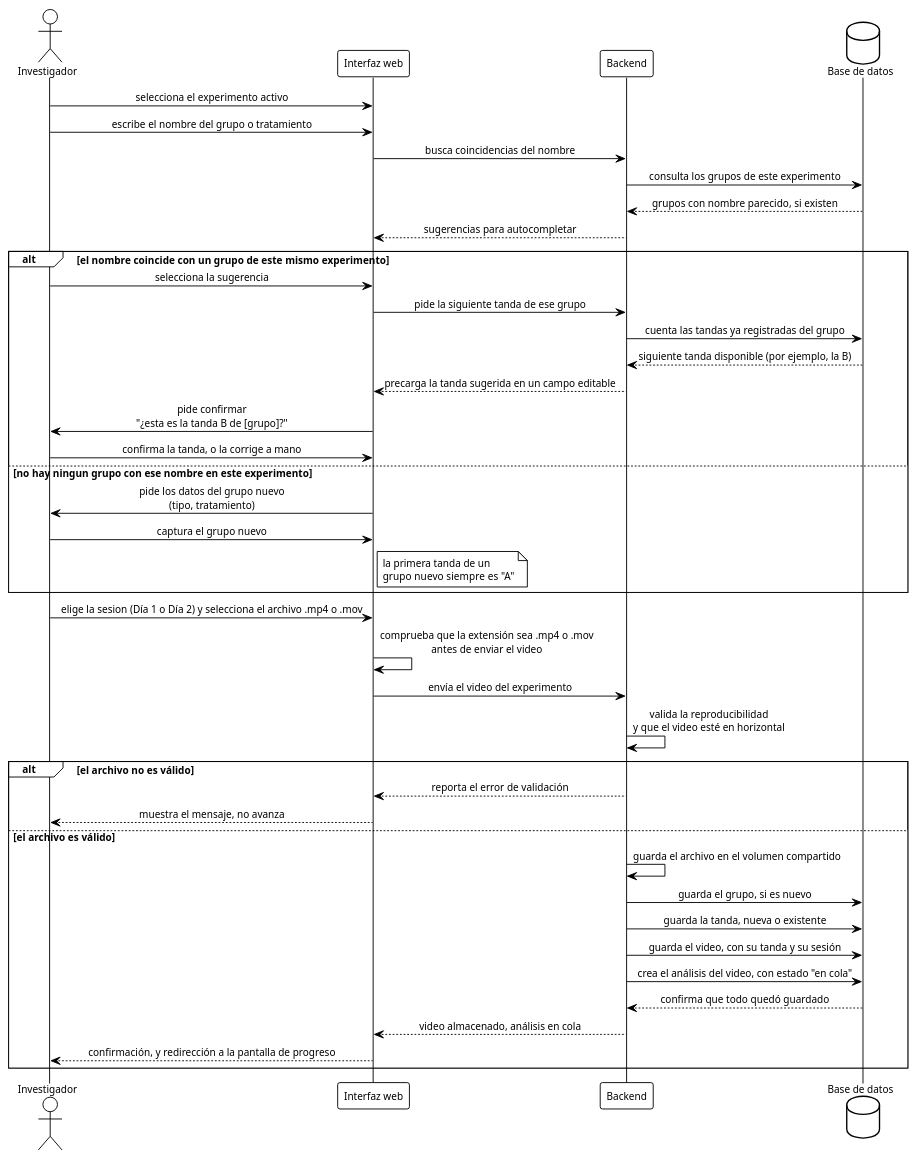
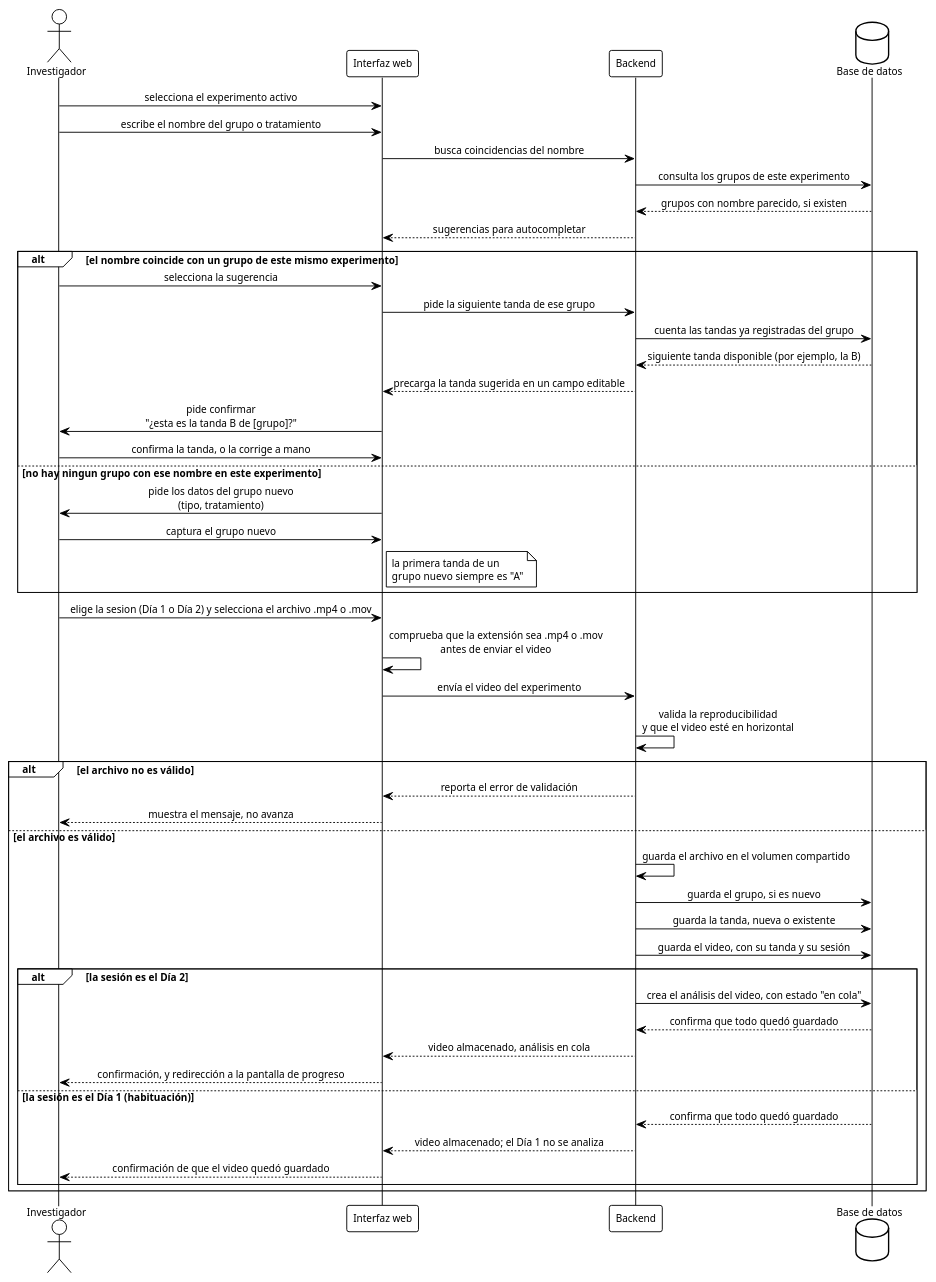
One commit to ErickJester/fst-ai-system-latex changed the diagram in diagramas/seq_carga_video.puml. Above: the diagram before and after it, drawn with PlantUML. The commit also changed 33 other files, not shown here.

```diff
--- a/diagramas/seq_carga_video.puml
+++ b/diagramas/seq_carga_video.puml
@@ -1,86 +1,92 @@
 @startuml seq_carga_video
 ' ================================================================
 '  Secuencia - Carga de video, con inferencia de tanda (D-19)
 '  Base de datos FST | TT 2026-B066 | ESCOM-IPN
 '  Frausto Robles Angel Ali . Rodriguez Verdin Sandoval Vanesa
 ' ----------------------------------------------------------------
 '  Reemplaza a figures/mermaid/seq_carga.png (modelo viejo: el video
 '  colgaba directo de Experimento, sin Grupo ni Tanda).
 '
 '  Cubre CU-04 "Subir video para analisis" (RF-08, RF-09, RF-12) mas
 '  la inferencia de tanda decidida en D-19: al escribir el nombre del
 '  grupo/tratamiento, si coincide con uno ya usado en el MISMO
 '  experimento, el sistema sugiere la siguiente tanda (letra A, B,
 '  C... en pantalla; en la base de datos sigue siendo TANDA.ordinal
 '  entero) en un campo editable, pero pide confirmacion explicita
 '  antes de guardar -- no basta con dejar el valor precargado sin
 '  que el investigador lo confirme.
 '
 '  El encolado del analisis es solo crear el registro con estado
 '  "en cola" (D-15); el Worker lo toma despues por polling a la
 '  tabla de analisis (cap. 5, CU-07) -- no hay cola aparte tipo
 '  Redis, esa pieza de docs/diagramas.pdf pag. 1 esta desactualizada
 '  (ver MIGRACION-DIAGRAMAS.md SS3.7).
 '
 '  Generar:
 '      java -jar plantuml.jar -tpng diagramas/seq_carga_video.puml
 ' ================================================================
 
 !theme plain
 skinparam defaultFontName Arial
 skinparam defaultFontSize 11
 skinparam shadowing false
 skinparam sequenceMessageAlign center
 skinparam BoxPadding 10
 
 actor Investigador as inv
 participant "Interfaz web" as ui
 participant Backend as api
 database "Base de datos" as db
 
 inv -> ui: selecciona el experimento activo
 inv -> ui: escribe el nombre del grupo o tratamiento
 
 ui -> api: busca coincidencias del nombre
 api -> db: consulta los grupos de este experimento
 db --> api: grupos con nombre parecido, si existen
 api --> ui: sugerencias para autocompletar
 
 alt el nombre coincide con un grupo de este mismo experimento
   inv -> ui: selecciona la sugerencia
   ui -> api: pide la siguiente tanda de ese grupo
   api -> db: cuenta las tandas ya registradas del grupo
   db --> api: siguiente tanda disponible (por ejemplo, la B)
   api --> ui: precarga la tanda sugerida en un campo editable
   ui -> inv: pide confirmar\n"¿esta es la tanda B de [grupo]?"
   inv -> ui: confirma la tanda, o la corrige a mano
 else no hay ningun grupo con ese nombre en este experimento
   ui -> inv: pide los datos del grupo nuevo\n(tipo, tratamiento)
   inv -> ui: captura el grupo nuevo
   note right of ui
     la primera tanda de un
     grupo nuevo siempre es "A"
   end note
 end
 
 inv -> ui: elige la sesion (Día 1 o Día 2) y selecciona el archivo .mp4 o .mov
 ui -> ui: comprueba que la extensión sea .mp4 o .mov\nantes de enviar el video
 ui -> api: envía el video del experimento
 
 api -> api: valida la reproducibilidad\ny que el video esté en horizontal
 
 alt el archivo no es válido
   api --> ui: reporta el error de validación
   ui --> inv: muestra el mensaje, no avanza
 else el archivo es válido
   api -> api: guarda el archivo en el volumen compartido
   api -> db: guarda el grupo, si es nuevo
   api -> db: guarda la tanda, nueva o existente
   api -> db: guarda el video, con su tanda y su sesión
-  api -> db: crea el análisis del video, con estado "en cola"
-  db --> api: confirma que todo quedó guardado
-  api --> ui: video almacenado, análisis en cola
-  ui --> inv: confirmación, y redirección a la pantalla de progreso
+  alt la sesión es el Día 2
+    api -> db: crea el análisis del video, con estado "en cola"
+    db --> api: confirma que todo quedó guardado
+    api --> ui: video almacenado, análisis en cola
+    ui --> inv: confirmación, y redirección a la pantalla de progreso
+  else la sesión es el Día 1 (habituación)
+    db --> api: confirma que todo quedó guardado
+    api --> ui: video almacenado; el Día 1 no se analiza
+    ui --> inv: confirmación de que el video quedó guardado
+  end
 end
 
 @enduml
```
